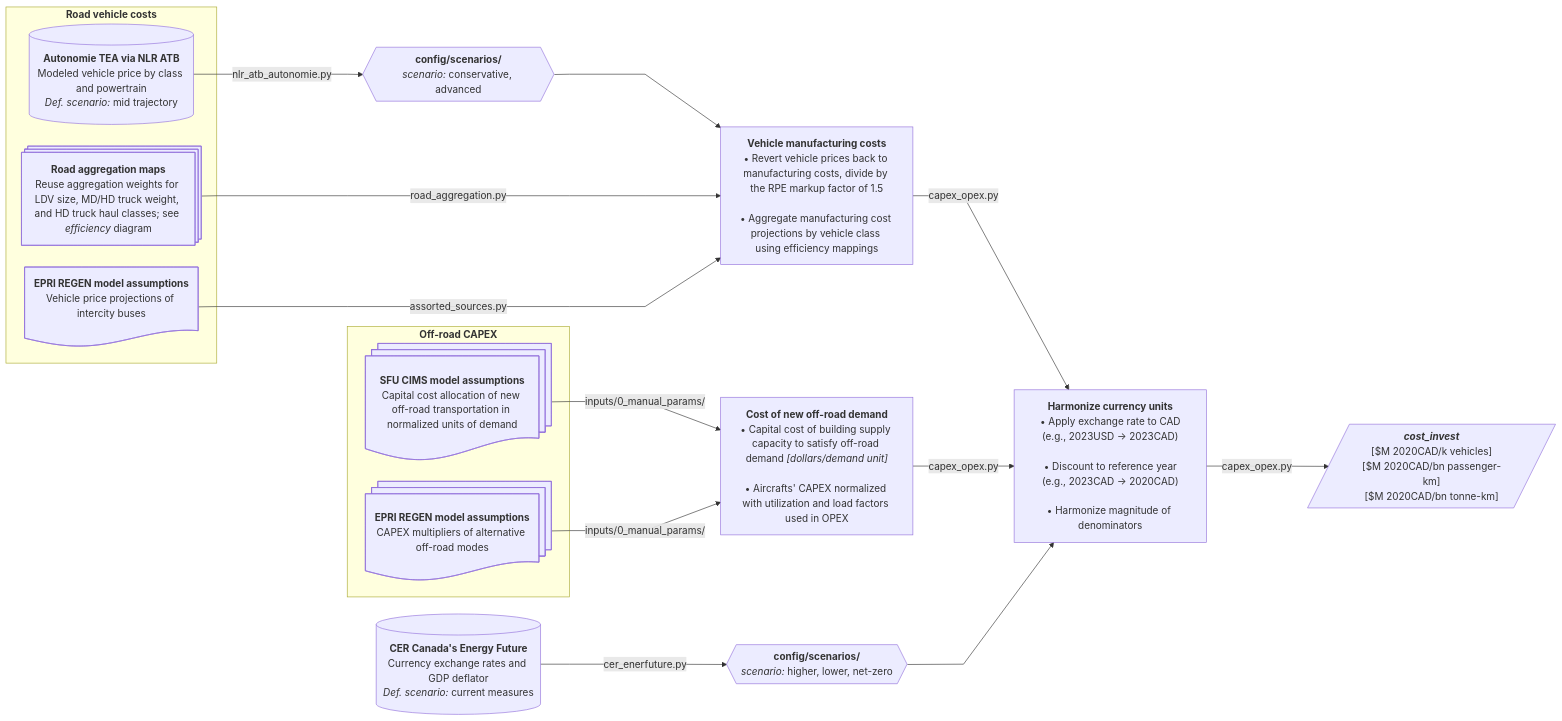
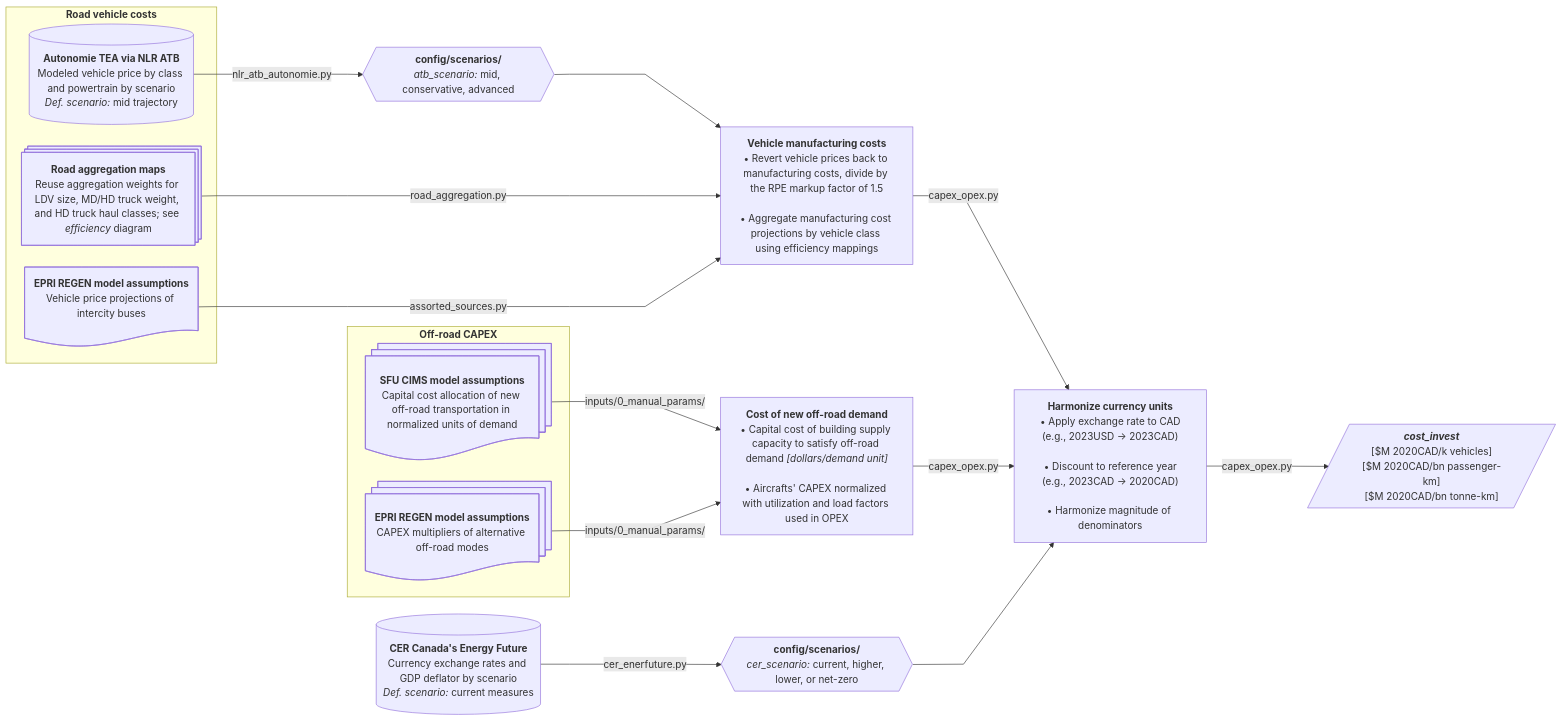
One commit to CANOE-main/canoe-transportation changed the seventh of 12 diagrams in docs/etl_flowcharts.md. Above: the diagram before and after it, drawn with Mermaid. The commit also changed other lines of this file and 23 other files, not shown here.

First line of the commit message:
Finalize transportation architecture, lifetime diagnostics, and vehicle mappings

````diff
--- a/docs/etl_flowcharts.md
+++ b/docs/etl_flowcharts.md
@@ -421,51 +469,51 @@
 ```mermaid
 ---
 config:
   layout: dagre
   flowchart:
     nodeSpacing: 35
     rankSpacing: 50
     wrappingWidth: 250
     curve: linear
 ---
 flowchart LR
-  s3[("`**CER Canada's Energy Future**<br>Currency exchange rates and GDP deflator<br>*Def. scenario:* current measures`")]
+  s3[("`**CER Canada's Energy Future**<br>Currency exchange rates and GDP deflator by scenario<br>*Def. scenario:* current measures`")]
   subgraph offroad["`**Off-road CAPEX**`"]
 	  %% --- Sources ---
 	  s7@{shape: docs, label: "**SFU CIMS model assumptions**<br>Capital cost allocation of new off-road transportation in normalized units of demand"}
 	  s8@{shape: docs, label: "**EPRI REGEN model assumptions**<br>CAPEX multipliers of alternative off-road modes"}
   end
 
   %% --- Processes ---
   p3["`**Cost of new off-road demand**<br>• Capital cost of building supply capacity to satisfy off-road demand *[dollars/demand unit]*<br><br>• Aircrafts' CAPEX normalized with utilization and load factors used in OPEX`"]
   s7 & s8 -- inputs/0_manual_params/ --> p3
 
   subgraph road["`**Road vehicle costs**`"]
 	  %% --- Sources ---
 	  s1@{shape: processes, label: "**Road aggregation maps**<br>Reuse aggregation weights for LDV size, MD/HD truck weight, and HD truck haul classes; see *efficiency* diagram"}
-	  s2[("`**Autonomie TEA via NLR ATB**<br>Modeled vehicle price by class and powertrain<br>*Def. scenario:* mid trajectory`")]
+	  s2[("`**Autonomie TEA via NLR ATB**<br>Modeled vehicle price by class and powertrain by scenario<br>*Def. scenario:* mid trajectory`")]
     s8_bus@{shape: doc, label: "**EPRI REGEN model assumptions**<br>Vehicle price projections of intercity buses"}
   end
 
   %% --- Processes ---
-  p0_2@{shape: hex, label: "**config/scenarios/**<br>*scenario:* conservative, advanced"}
+  p0_2@{shape: hex, label: "**config/scenarios/**<br>*atb_scenario:* mid, conservative, advanced"}
   p2["`**Vehicle manufacturing costs**<br>• Revert vehicle prices back to manufacturing costs, divide by the RPE markup factor of 1.5<br><br>• Aggregate manufacturing cost projections by vehicle class using efficiency mappings`"]
   s2 -- nlr_atb_autonomie.py --> p0_2 --> p2
   s1 -- road_aggregation.py --> p2
   s8_bus -- assorted_sources.py --> p2
 
-  p0@{shape: hex, label: "**config/scenarios/**<br>*scenario:* higher, lower, net-zero"}
+  p0@{shape: hex, label: "**config/scenarios/**<br>*cer_scenario:* current, higher, lower, or net-zero"}
   p4["`**Harmonize currency units**<br>• Apply exchange rate to CAD<br>(e.g., 2023USD → 2023CAD)<br><br>• Discount to reference year<br>(e.g., 2023CAD → 2020CAD)<br><br>• Harmonize magnitude of denominators`"]
   p2 -- capex_opex.py --> p4
   p3 -- capex_opex.py --> p4
   s3 -- cer_enerfuture.py --> p0 --> p4
 
   p4 -- capex_opex.py --> o1[/"`***cost_invest***<br>[$M 2020CAD/k vehicles]<br>[$M 2020CAD/bn passenger-km]<br>[$M 2020CAD/bn tonne-km]`"/]
 
   %% --- Hyperlinks ---
   click s8_bus "https://us-regen-docs.epri.com/v2025/assumptions/transportation.html#on-road-fleet-vehicles"
   click s8 "https://us-regen-docs.epri.com/v2025/assumptions/transportation.html#non-road-vehicles"
   click s7 "https://github.com/EMRG-SFU/cims-models/tree/main/sources/sectors"
   click s2 "https://vms.taps.anl.gov/research-highlights/vehicle-technologies/u-s-doe-vto-hfto-r-d-benefits/"
   click s3 "https://open.canada.ca/data/en/dataset/07c42deb-9435-43b9-a416-7ce316f3893d"
 ```
````
